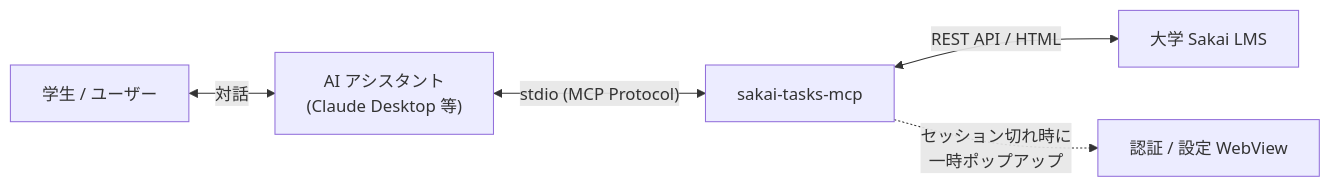
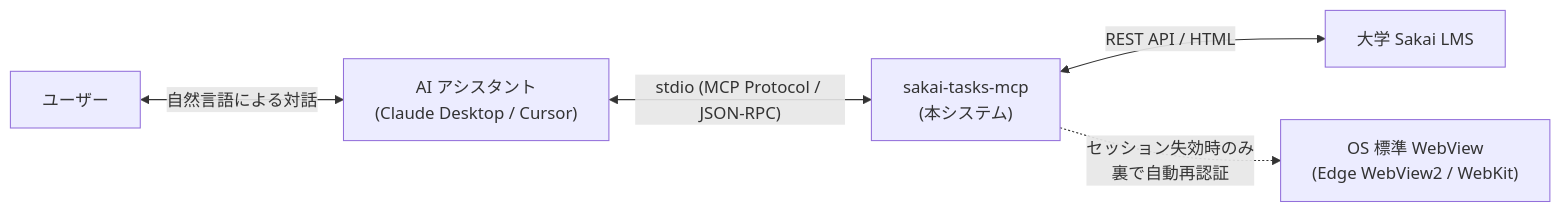
One commit to project-sakai-mcp/sakai-tasks-mcp changed the first of 2 diagrams in docs/guide.md. Above: the diagram before and after it, drawn with Mermaid. The commit also changed other lines of this file and 1 other file, not shown here.

````diff
--- a/docs/guide.md
+++ b/docs/guide.md
@@ -7,7 +15,7 @@
 ```mermaid
 flowchart LR
-    User["学生 / ユーザー"] <-->|"対話"| AI["AI アシスタント<br/>(Claude Desktop 等)"]
-    AI <-->|"stdio (MCP Protocol)"| Server["sakai-tasks-mcp"]
+    User["ユーザー"] <-->|"自然言語による対話"| AI["AI アシスタント<br/>(Claude Desktop / Cursor)"]
+    AI <-->|"stdio (MCP Protocol / JSON-RPC)"| Server["sakai-tasks-mcp<br/>(本システム)"]
     Server <-->|"REST API / HTML"| Sakai["大学 Sakai LMS"]
-    Server -.->|"セッション切れ時に<br/>一時ポップアップ"| AuthUI["認証 / 設定 WebView"]
+    Server -.->|"セッション失効時のみ<br/>裏で自動再認証"| AuthUI["OS 標準 WebView<br/>(Edge WebView2 / WebKit)"]
 ```
````
